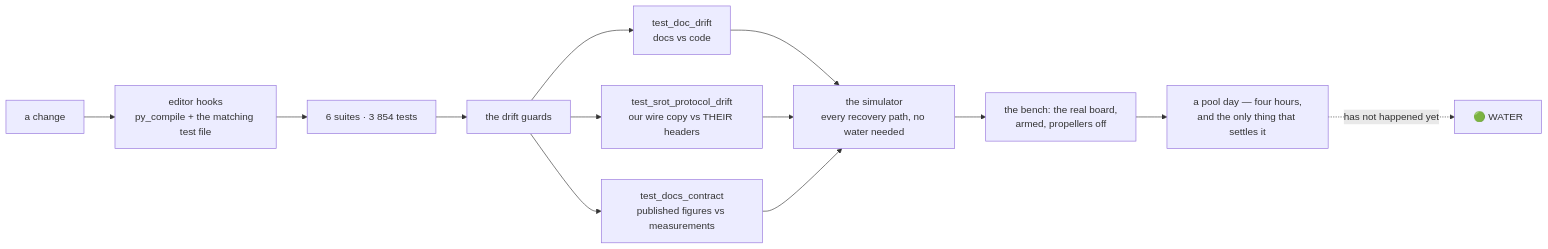
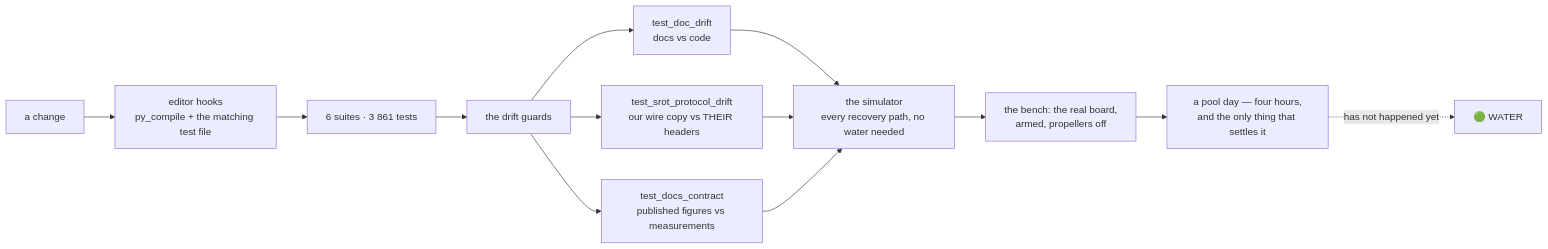
One commit to fh1m/mongla_ws changed the ninth of 10 diagrams in README.md. Above: the diagram before and after it, drawn with Mermaid. The commit also changed other lines of this file and 4 other files, not shown here.

````diff
--- a/README.md
+++ b/README.md
@@ -752,15 +752,15 @@
 ```mermaid
 flowchart LR
     DEV["a change"] --> HOOK["editor hooks<br/>py_compile + the matching test file"]
-    HOOK --> UNIT["6 suites · 3 854 tests"]
+    HOOK --> UNIT["6 suites · 3 861 tests"]
     UNIT --> GUARD["the drift guards"]
     GUARD --> G1["test_doc_drift<br/>docs vs code"]
     GUARD --> G2["test_srot_protocol_drift<br/>our wire copy vs THEIR headers"]
     GUARD --> G3["test_docs_contract<br/>published figures vs measurements"]
     G1 --> SIM["the simulator<br/>every recovery path, no water needed"]
     G2 --> SIM
     G3 --> SIM
     SIM --> BENCH["the bench: the real board,<br/>armed, propellers off"]
     BENCH --> POOL["a pool day — four hours,<br/>and the only thing that settles it"]
     POOL -.->|"has not happened yet"| WATER["🟢 WATER"]
 ```
````
